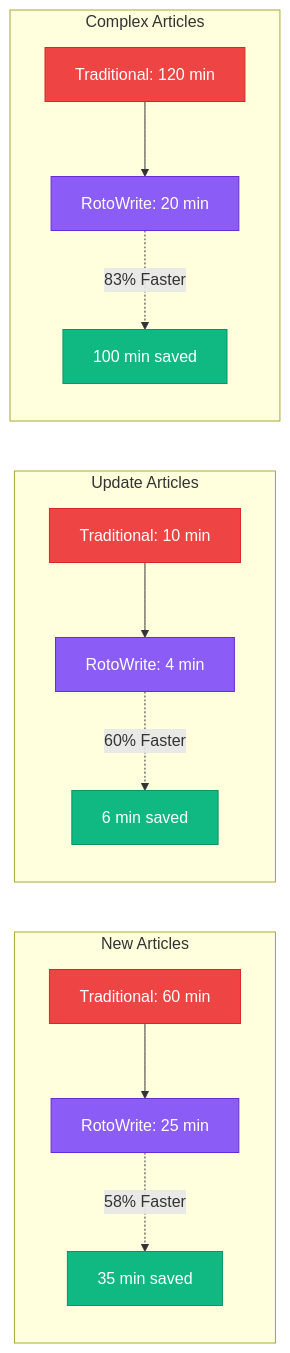
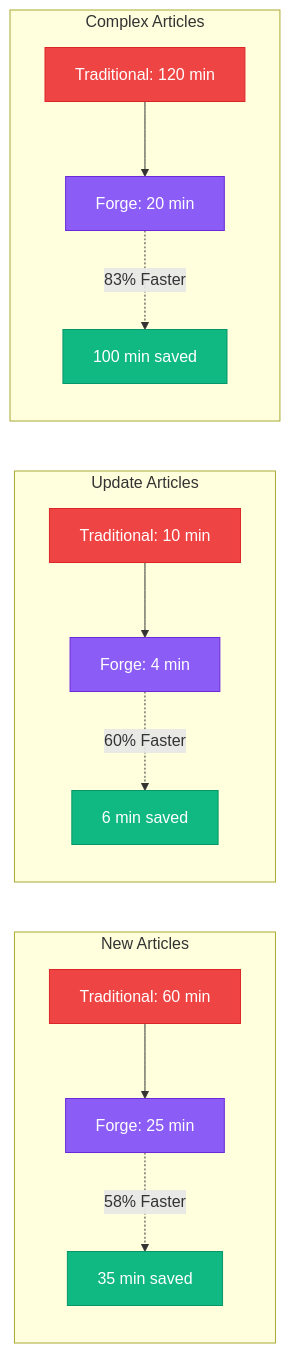
The first of 6 diagrams in presentation-diagrams/time-savings-visualization.md (verygooddesigners/forge), drawn with Mermaid before and after one commit. The commit also changed other lines of this file and 132 other files, not shown here.

First line of the commit message:
Rename application from RotoWrite to Forge

````diff
--- a/presentation-diagrams/time-savings-visualization.md
+++ b/presentation-diagrams/time-savings-visualization.md
@@ -5,27 +5,27 @@
 ```mermaid
 graph LR
     subgraph "New Articles"
-        A1[Traditional: 60 min] --> A2[RotoWrite: 25 min]
+        A1[Traditional: 60 min] --> A2[Forge: 25 min]
         A2 -.->|58% Faster| A3[35 min saved]
     end
     
     subgraph "Update Articles"
-        B1[Traditional: 10 min] --> B2[RotoWrite: 4 min]
+        B1[Traditional: 10 min] --> B2[Forge: 4 min]
         B2 -.->|60% Faster| B3[6 min saved]
     end
     
     subgraph "Complex Articles"
-        C1[Traditional: 120 min] --> C2[RotoWrite: 20 min]
+        C1[Traditional: 120 min] --> C2[Forge: 20 min]
         C2 -.->|83% Faster| C3[100 min saved]
     end
     
     style A3 fill:#10b981,stroke:#059669,color:#fff
     style B3 fill:#10b981,stroke:#059669,color:#fff
     style C3 fill:#10b981,stroke:#059669,color:#fff
     style A1 fill:#ef4444,stroke:#dc2626,color:#fff
     style B1 fill:#ef4444,stroke:#dc2626,color:#fff
     style C1 fill:#ef4444,stroke:#dc2626,color:#fff
     style A2 fill:#8b5cf6,stroke:#6d28d9,color:#fff
     style B2 fill:#8b5cf6,stroke:#6d28d9,color:#fff
     style C2 fill:#8b5cf6,stroke:#6d28d9,color:#fff
 ```
````
